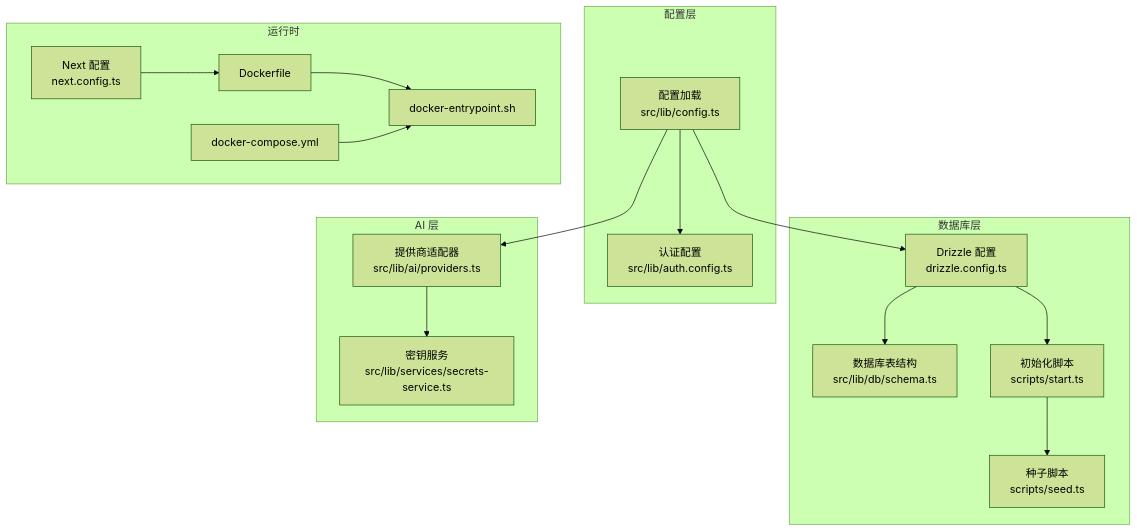
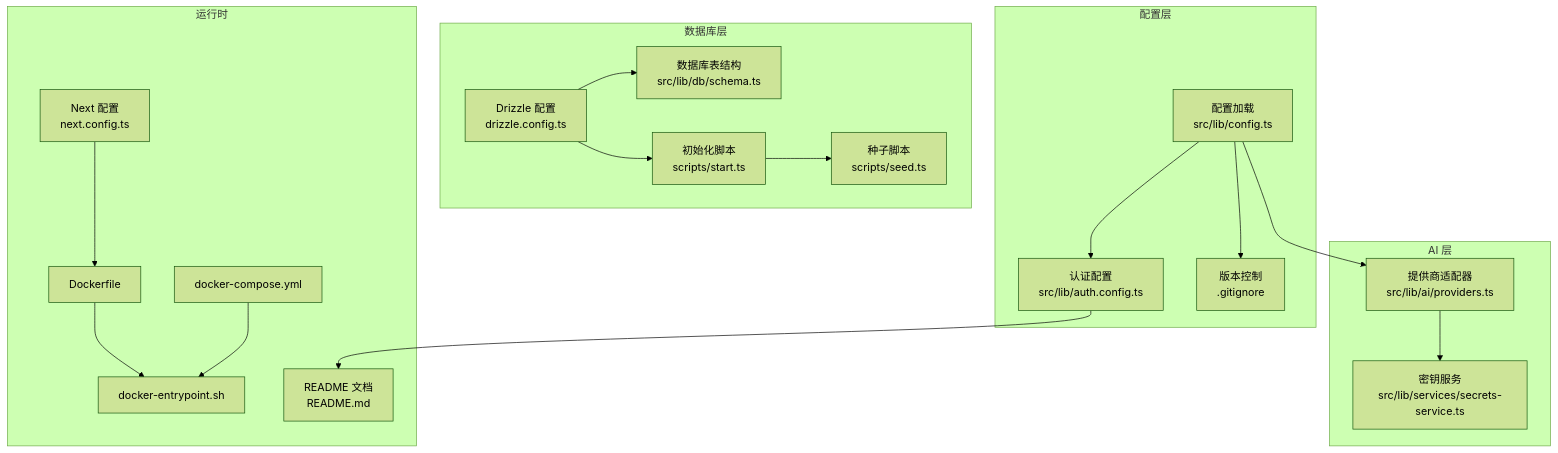
The first of 8 diagrams in .qoder/repowiki/zh/content/部署运维/环境配置管理.md (LittlebearHat/sillytavern-next), drawn with Mermaid (forest theme) before and after one commit. The commit also changed other lines of this file and 7 other files, not shown here.

````diff
--- a/.qoder/repowiki/zh/content/部署运维/环境配置管理.md
+++ b/.qoder/repowiki/zh/content/部署运维/环境配置管理.md
@@ -51,33 +63,36 @@
 ```mermaid
 graph TB
 subgraph "配置层"
 CFG["配置加载<br/>src/lib/config.ts"]
 AUTHCFG["认证配置<br/>src/lib/auth.config.ts"]
+END["版本控制<br/>.gitignore"]
 end
 subgraph "数据库层"
 DRIZZLE["Drizzle 配置<br/>drizzle.config.ts"]
 SCHEMA["数据库表结构<br/>src/lib/db/schema.ts"]
 START["初始化脚本<br/>scripts/start.ts"]
 SEED["种子脚本<br/>scripts/seed.ts"]
 end
 subgraph "AI 层"
 PROVIDERS["提供商适配器<br/>src/lib/ai/providers.ts"]
 SECRETSSVC["密钥服务<br/>src/lib/services/secrets-service.ts"]
 end
 subgraph "运行时"
 DOCKERFILE["Dockerfile"]
 COMPOSE["docker-compose.yml"]
 ENTRY["docker-entrypoint.sh"]
 NEXTCONF["Next 配置<br/>next.config.ts"]
+README["README 文档<br/>README.md"]
 end
 CFG --> AUTHCFG
-CFG --> DRIZZLE
+CFG --> END
+AUTHCFG --> README
 DRIZZLE --> SCHEMA
 DRIZZLE --> START
 START --> SEED
 CFG --> PROVIDERS
 PROVIDERS --> SECRETSSVC
 DOCKERFILE --> ENTRY
 COMPOSE --> ENTRY
 NEXTCONF --> DOCKERFILE
 ```
````
